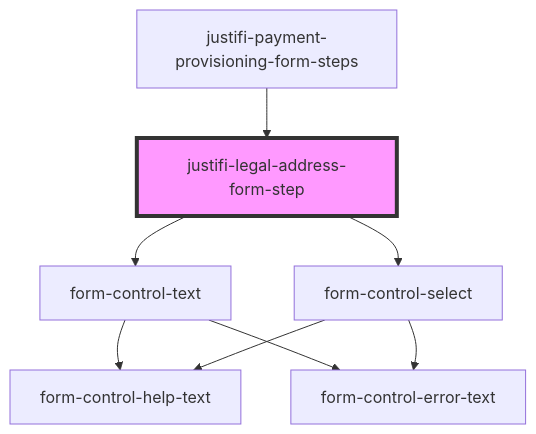
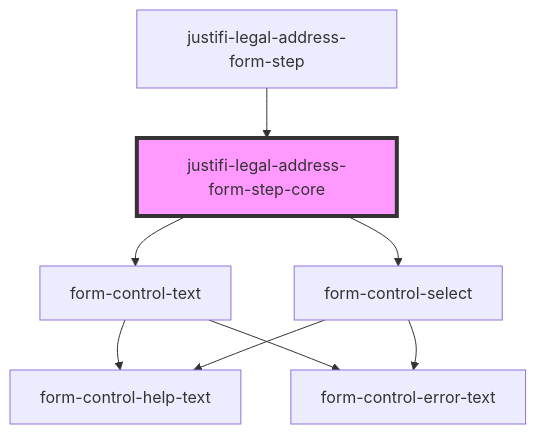
The diagram in packages/webcomponents/src/components/business-forms/payment-provisioning/legal-address-form/readme.md (justifi-tech/web-component-library), drawn with Mermaid before and after one commit. The commit also changed other lines of this file and 2 other files, not shown here.

````diff
--- a/packages/webcomponents/src/components/business-forms/payment-provisioning/legal-address-form/readme.md
+++ b/packages/webcomponents/src/components/business-forms/payment-provisioning/legal-address-form/readme.md
@@ -57,11 +59,11 @@
 ```mermaid
 graph TD;
-  justifi-legal-address-form-step --> form-control-text
-  justifi-legal-address-form-step --> form-control-select
+  justifi-legal-address-form-step-core --> form-control-text
+  justifi-legal-address-form-step-core --> form-control-select
   form-control-text --> form-control-help-text
   form-control-text --> form-control-error-text
   form-control-select --> form-control-help-text
   form-control-select --> form-control-error-text
-  justifi-payment-provisioning-form-steps --> justifi-legal-address-form-step
-  style justifi-legal-address-form-step fill:#f9f,stroke:#333,stroke-width:4px
+  justifi-legal-address-form-step --> justifi-legal-address-form-step-core
+  style justifi-legal-address-form-step-core fill:#f9f,stroke:#333,stroke-width:4px
 ```
````
